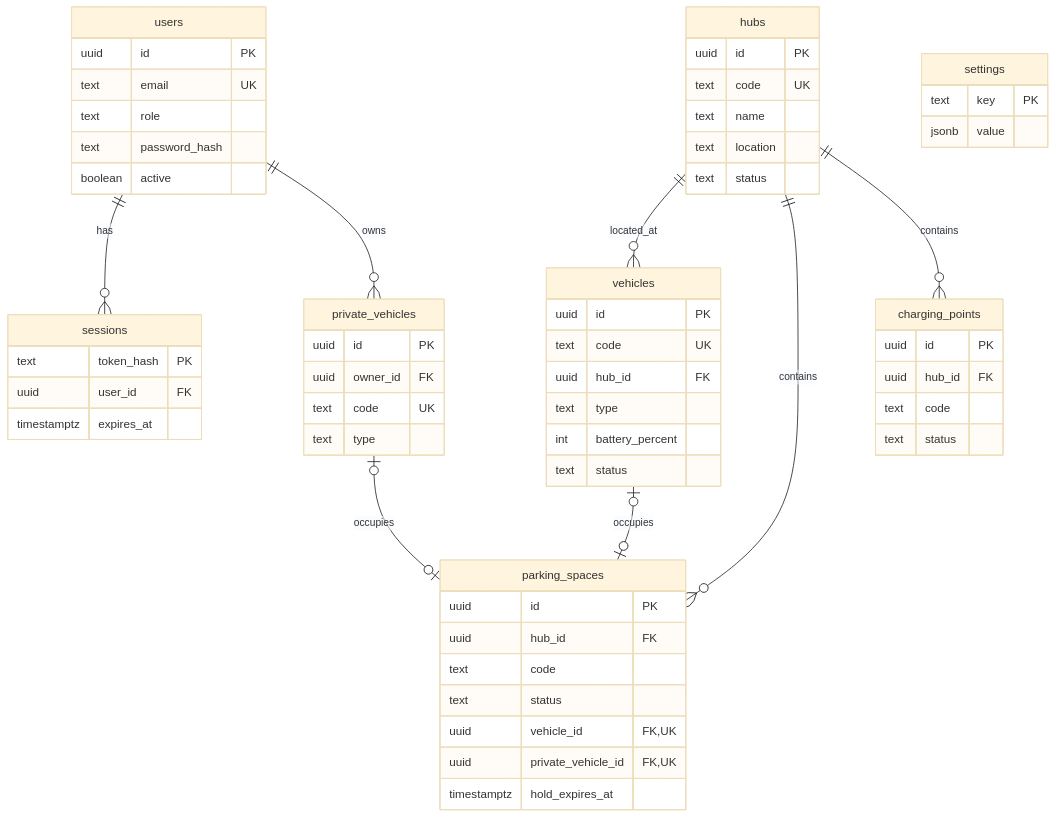
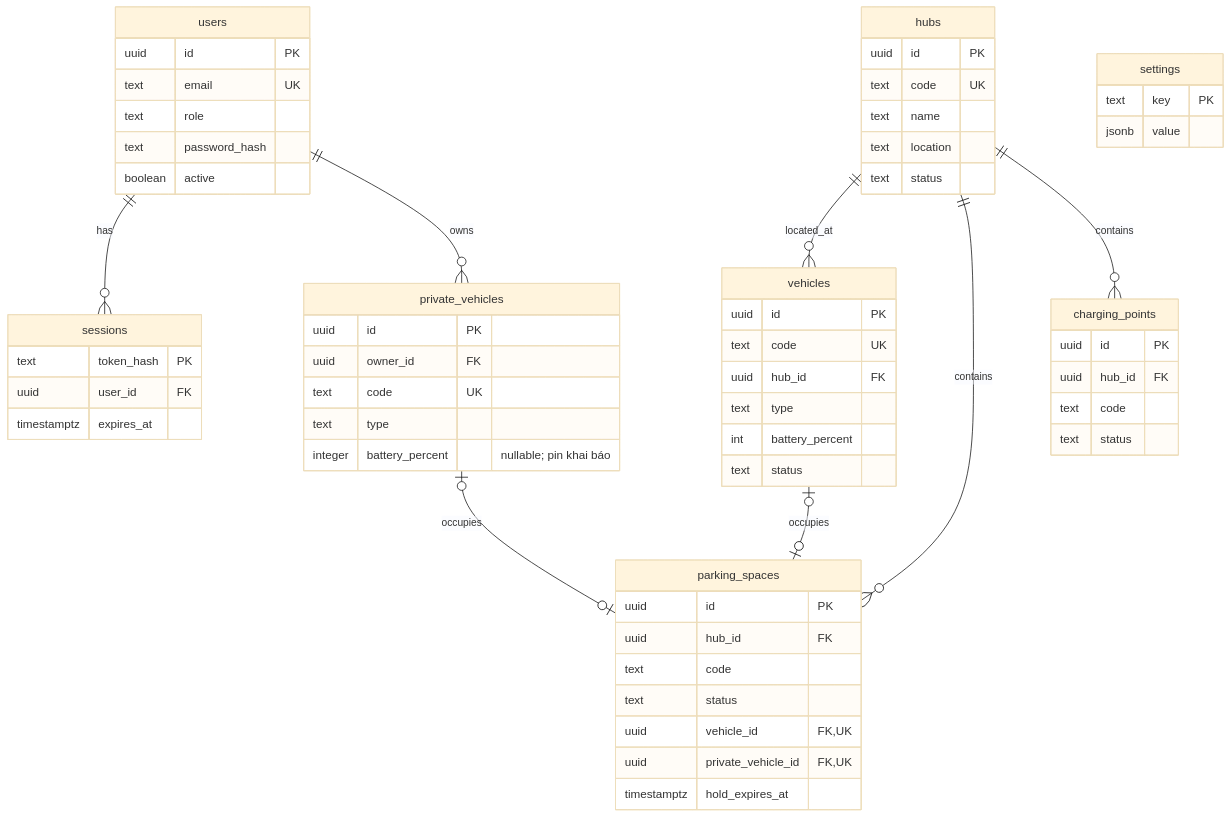
Before and after one commit to tonnytran2511/BTL_CNPM: the third of 7 diagrams in docs/architecture.md, drawn with Mermaid (base theme). The commit also changed other lines of this file and 32 other files, not shown here.

````diff
--- a/docs/architecture.md
+++ b/docs/architecture.md
@@ -81,62 +81,63 @@
 ```mermaid
 erDiagram
   users ||--o{ sessions : has
   users ||--o{ private_vehicles : owns
   hubs ||--o{ vehicles : located_at
   hubs ||--o{ parking_spaces : contains
   hubs ||--o{ charging_points : contains
   vehicles o|--o| parking_spaces : occupies
   private_vehicles o|--o| parking_spaces : occupies
   users {
     uuid id PK
     text email UK
     text role
     text password_hash
     boolean active
   }
   sessions {
     text token_hash PK
     uuid user_id FK
     timestamptz expires_at
   }
   hubs {
     uuid id PK
     text code UK
     text name
     text location
     text status
   }
   vehicles {
     uuid id PK
     text code UK
     uuid hub_id FK
     text type
     int battery_percent
     text status
   }
   private_vehicles {
     uuid id PK
     uuid owner_id FK
     text code UK
     text type
+    integer battery_percent "nullable; pin khai báo"
   }
   parking_spaces {
     uuid id PK
     uuid hub_id FK
     text code
     text status
     uuid vehicle_id FK,UK
     uuid private_vehicle_id FK,UK
     timestamptz hold_expires_at
   }
   charging_points {
     uuid id PK
     uuid hub_id FK
     text code
     text status
   }
   settings {
     text key PK
     jsonb value
   }
 ```
````
